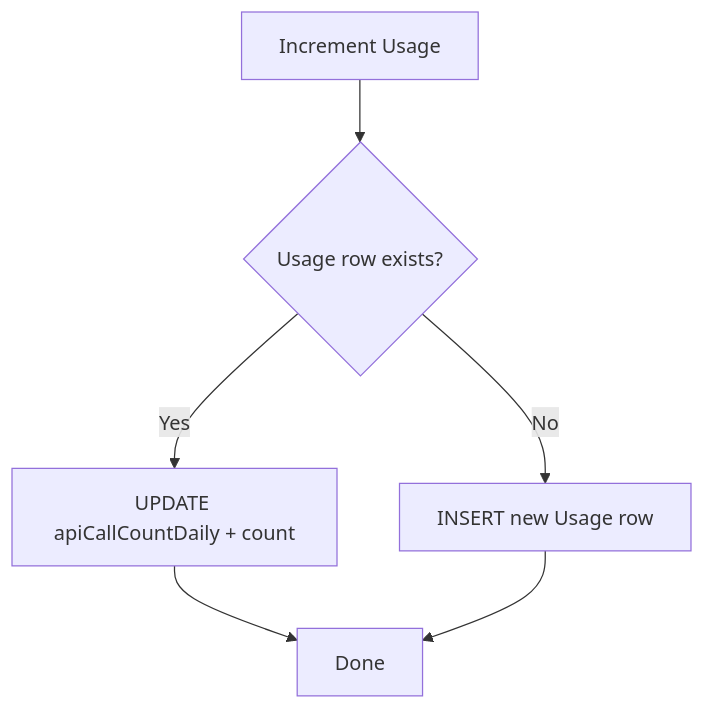
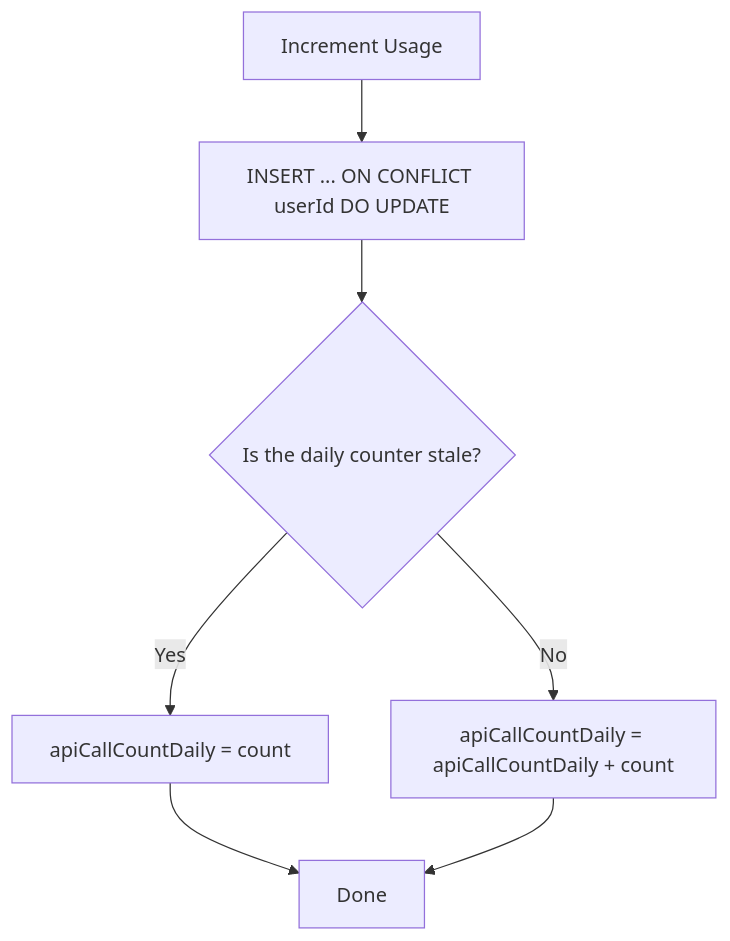
The fourth of 5 diagrams in services/workers/docs/components/analytics-worker.md (kunalPisolkar24/detectAI), drawn with Mermaid before and after one commit. The commit also changed other lines of this file and 10 other files, not shown here.

````diff
--- a/services/workers/docs/components/analytics-worker.md
+++ b/services/workers/docs/components/analytics-worker.md
@@ -72,8 +132,9 @@
 ```mermaid
 graph TB
-    A[Increment Usage] --> B{Usage row exists?}
-    B -->|Yes| C[UPDATE apiCallCountDaily + count]
-    B -->|No| D[INSERT new Usage row]
-    C --> E[Done]
-    D --> E
+    A[Increment Usage] --> B[INSERT ... ON CONFLICT userId DO UPDATE]
+    B --> C{Is the daily counter stale?}
+    C -->|Yes| D[apiCallCountDaily = count]
+    C -->|No| E[apiCallCountDaily = apiCallCountDaily + count]
+    D --> F[Done]
+    E --> F
 ```
````
